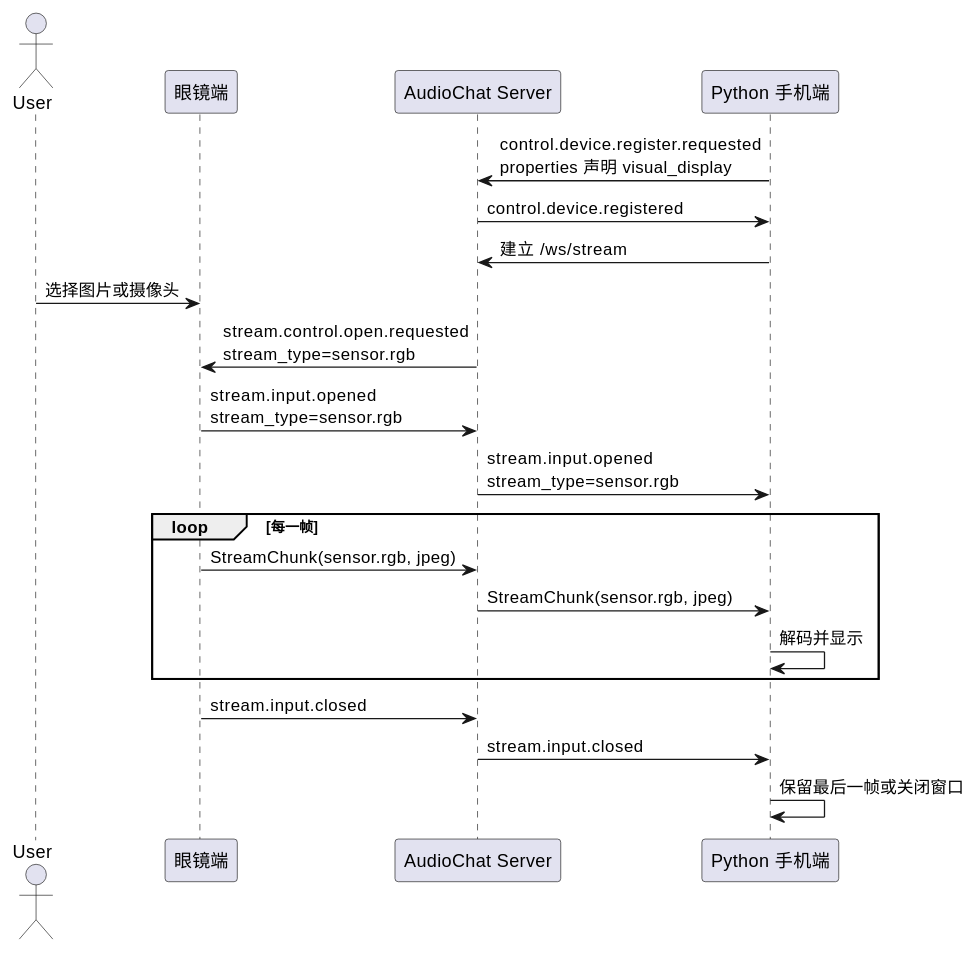
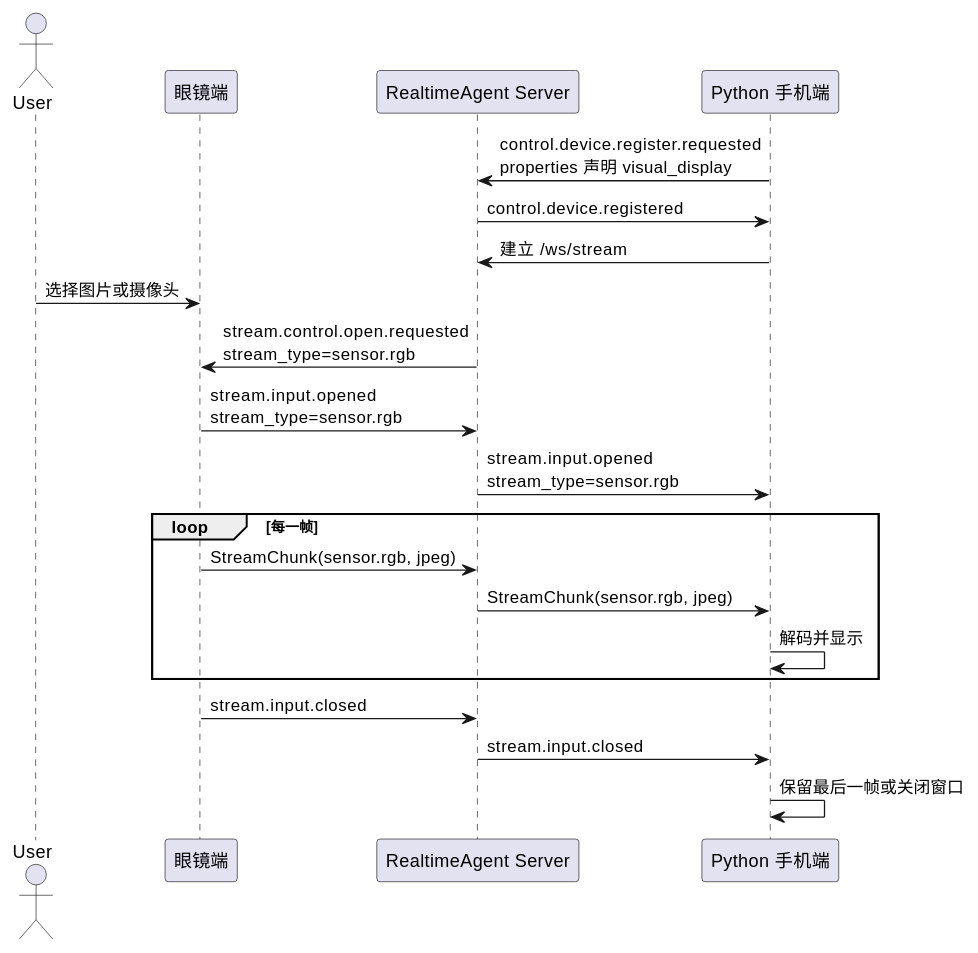
The third of 3 diagrams in examples/dev-support/devices/python-phone/VIDEO_DISPLAY_DESIGN.md (HengeLiu/RealtimeAgent), drawn with PlantUML before and after one commit. The commit also changed other lines of this file and 488 other files, not shown here.

````diff
--- a/examples/dev-support/devices/python-phone/VIDEO_DISPLAY_DESIGN.md
+++ b/examples/dev-support/devices/python-phone/VIDEO_DISPLAY_DESIGN.md
@@ -397,27 +397,27 @@
 ```plantuml
 @startuml
 actor User
 participant Glass as "眼镜端"
-participant Server as "AudioChat Server"
+participant Server as "RealtimeAgent Server"
 participant Phone as "Python 手机端"
 
 Phone -> Server: control.device.register.requested\nproperties 声明 visual_display
 Server -> Phone: control.device.registered
 Phone -> Server: 建立 /ws/stream
 
 User -> Glass: 选择图片或摄像头
 Server -> Glass: stream.control.open.requested\nstream_type=sensor.rgb
 Glass -> Server: stream.input.opened\nstream_type=sensor.rgb
 Server -> Phone: stream.input.opened\nstream_type=sensor.rgb
 
 loop 每一帧
   Glass -> Server: StreamChunk(sensor.rgb, jpeg)
   Server -> Phone: StreamChunk(sensor.rgb, jpeg)
   Phone -> Phone: 解码并显示
 end
 
 Glass -> Server: stream.input.closed
 Server -> Phone: stream.input.closed
 Phone -> Phone: 保留最后一帧或关闭窗口
 @enduml
 ```
````
